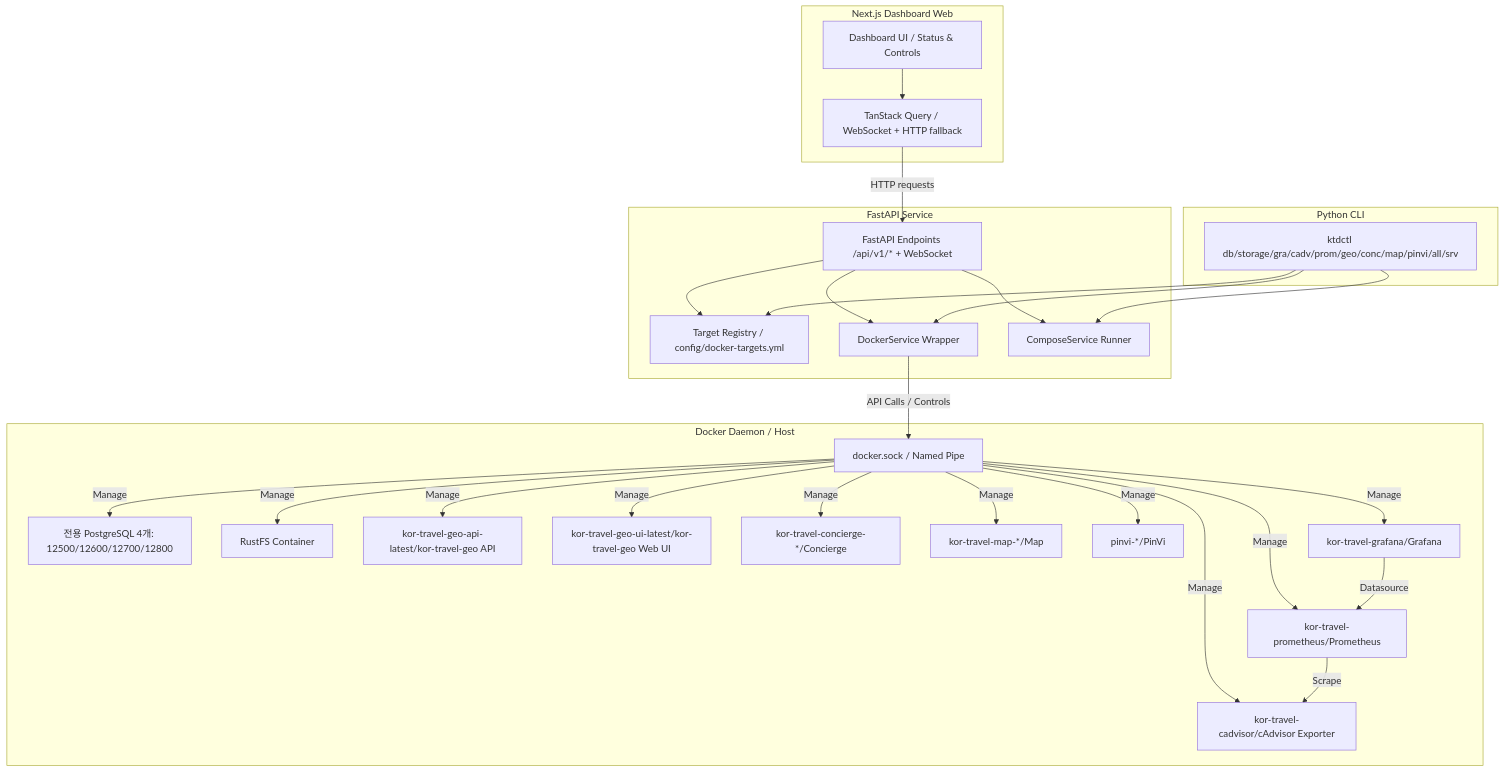
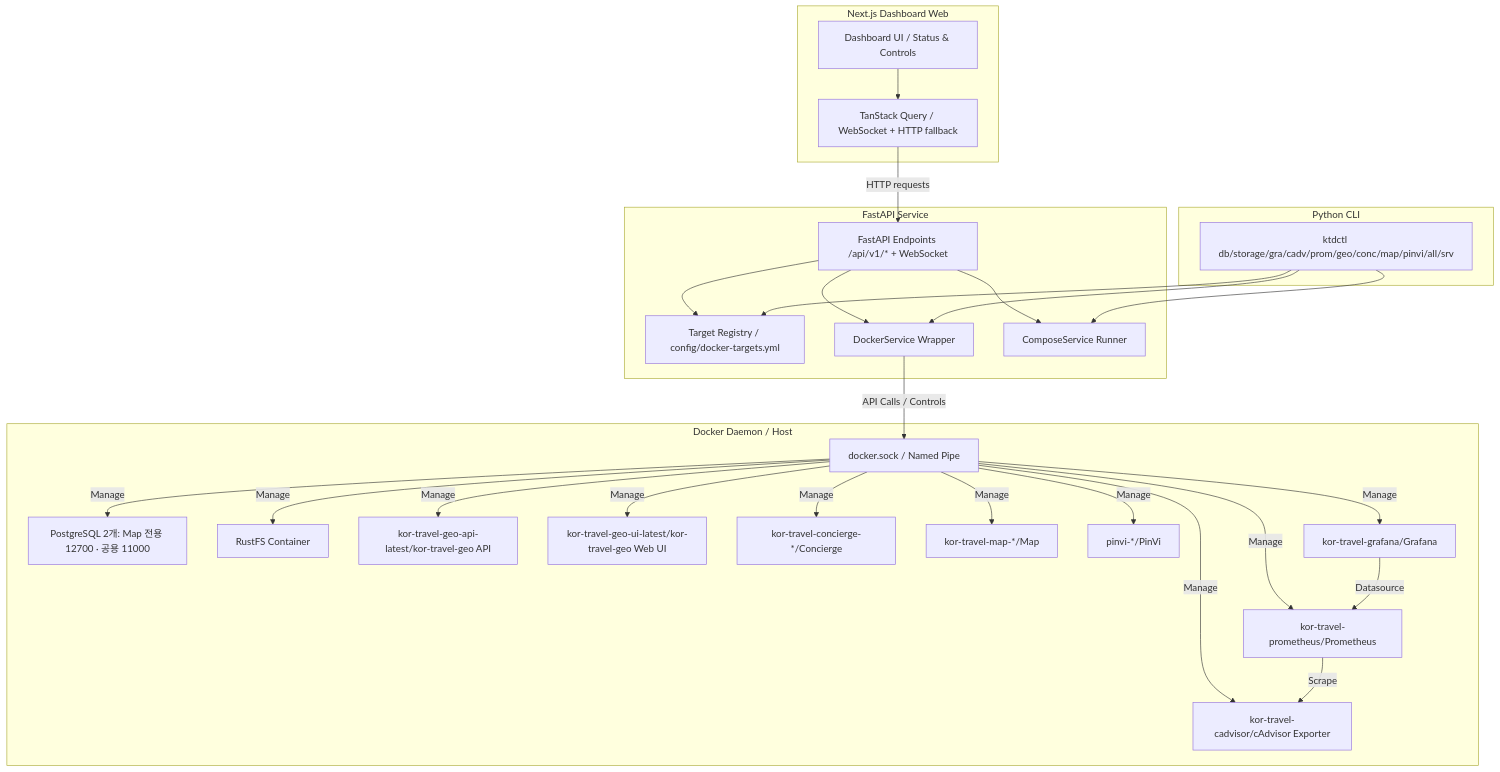
Before and after one commit to digitie/kor-travel-docker-manager: the diagram in docs/architecture.md, drawn with Mermaid. The commit also changed other lines of this file and 30 other files, not shown here.

First line of the commit message:
chore: retire the dedicated geo/concierge/PinVi/airport PostgreSQL instances (#429)

````diff
--- a/docs/architecture.md
+++ b/docs/architecture.md
@@ -11,55 +11,55 @@
 ```mermaid
 graph TD
     subgraph Frontend [Next.js Dashboard Web]
         UI[Dashboard UI / Status & Controls]
         TQ[TanStack Query / WebSocket + HTTP fallback]
         UI --> TQ
     end
 
     subgraph Backend [FastAPI Service]
         API[FastAPI Endpoints /api/v1/* + WebSocket]
         REG[Target Registry / config/docker-targets.yml]
         DS[DockerService Wrapper]
         CS[ComposeService Runner]
         API --> REG
         API --> DS
         API --> CS
     end
 
     subgraph CLI [Python CLI]
         CLI_CMD[ktdctl db/storage/gra/cadv/prom/geo/conc/map/pinvi/all/srv]
         CLI_CMD --> REG
         CLI_CMD --> DS
         CLI_CMD --> CS
     end
 
     subgraph Infrastructure [Docker Daemon / Host]
         D_Sock[docker.sock / Named Pipe]
-        C_PG[전용 PostgreSQL 4개: 12500/12600/12700/12800]
+        C_PG[PostgreSQL 2개: Map 전용 12700 · 공용 11000]
         C_RFS[RustFS Container]
         C_GEO_API[kor-travel-geo-api-latest/kor-travel-geo API]
         C_GEO_UI[kor-travel-geo-ui-latest/kor-travel-geo Web UI]
         C_CONC[kor-travel-concierge-*/Concierge]
         C_MAP[kor-travel-map-*/Map]
         C_PINVI[pinvi-*/PinVi]
         C_PROM[kor-travel-prometheus/Prometheus]
         C_GRAF[kor-travel-grafana/Grafana]
         C_EXP[kor-travel-cadvisor/cAdvisor Exporter]
         
         DS -->|API Calls / Controls| D_Sock
         D_Sock -->|Manage| C_PG
         D_Sock -->|Manage| C_RFS
         D_Sock -->|Manage| C_GEO_API
         D_Sock -->|Manage| C_GEO_UI
         D_Sock -->|Manage| C_CONC
         D_Sock -->|Manage| C_MAP
         D_Sock -->|Manage| C_PINVI
         D_Sock -->|Manage| C_PROM
         D_Sock -->|Manage| C_GRAF
         D_Sock -->|Manage| C_EXP
         C_PROM -->|Scrape| C_EXP
         C_GRAF -->|Datasource| C_PROM
     end
     
     TQ -->|HTTP requests| API
 ```
````
